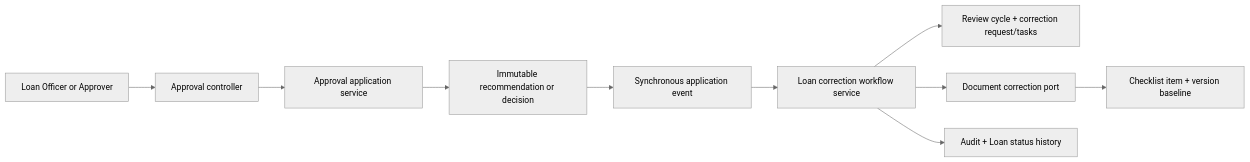
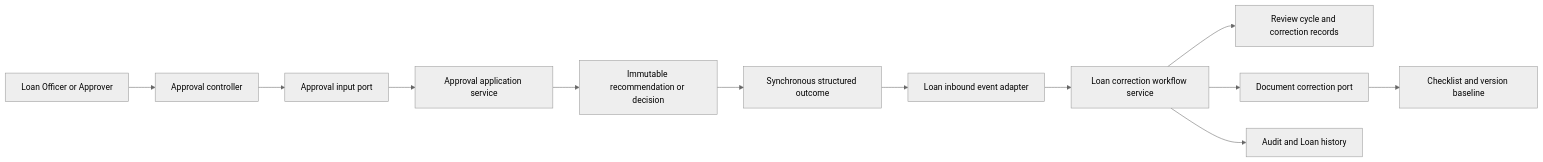
The sixth of 9 diagrams in docs/architecture/MER-ARCH-006-api-request-flow-and-dependencies.md (dongduy-dev/meridian-finance), drawn with Mermaid (neutral theme) before and after one commit. The commit also changed other lines of this file and 7 other files, not shown here.

````diff
--- a/docs/architecture/MER-ARCH-006-api-request-flow-and-dependencies.md
+++ b/docs/architecture/MER-ARCH-006-api-request-flow-and-dependencies.md
@@ -376,18 +259,20 @@
 ```mermaid
 flowchart LR
-    StaffClient["Loan Officer or Approver"]
-    ApprovalController["Approval controller"]
+    Staff["Loan Officer or Approver"]
+    Controller["Approval controller"]
+    InPort["Approval input port"]
     ApprovalService["Approval application service"]
     ApprovalStore["Immutable recommendation or decision"]
-    SyncEvent["Synchronous application event"]
+    Event["Synchronous structured outcome"]
+    LoanListener["Loan inbound event adapter"]
     LoanService["Loan correction workflow service"]
-    LoanStore["Review cycle + correction request/tasks"]
+    LoanStore["Review cycle and correction records"]
     DocumentPort["Document correction port"]
-    DocumentStore["Checklist item + version baseline"]
-    AuditStore["Audit + Loan status history"]
+    DocumentStore["Checklist and version baseline"]
+    Audit["Audit and Loan history"]
 
-    StaffClient --> ApprovalController --> ApprovalService --> ApprovalStore --> SyncEvent
-    SyncEvent --> LoanService --> LoanStore
+    Staff --> Controller --> InPort --> ApprovalService --> ApprovalStore --> Event
+    Event --> LoanListener --> LoanService --> LoanStore
     LoanService --> DocumentPort --> DocumentStore
-    LoanService --> AuditStore
+    LoanService --> Audit
 ```
````
